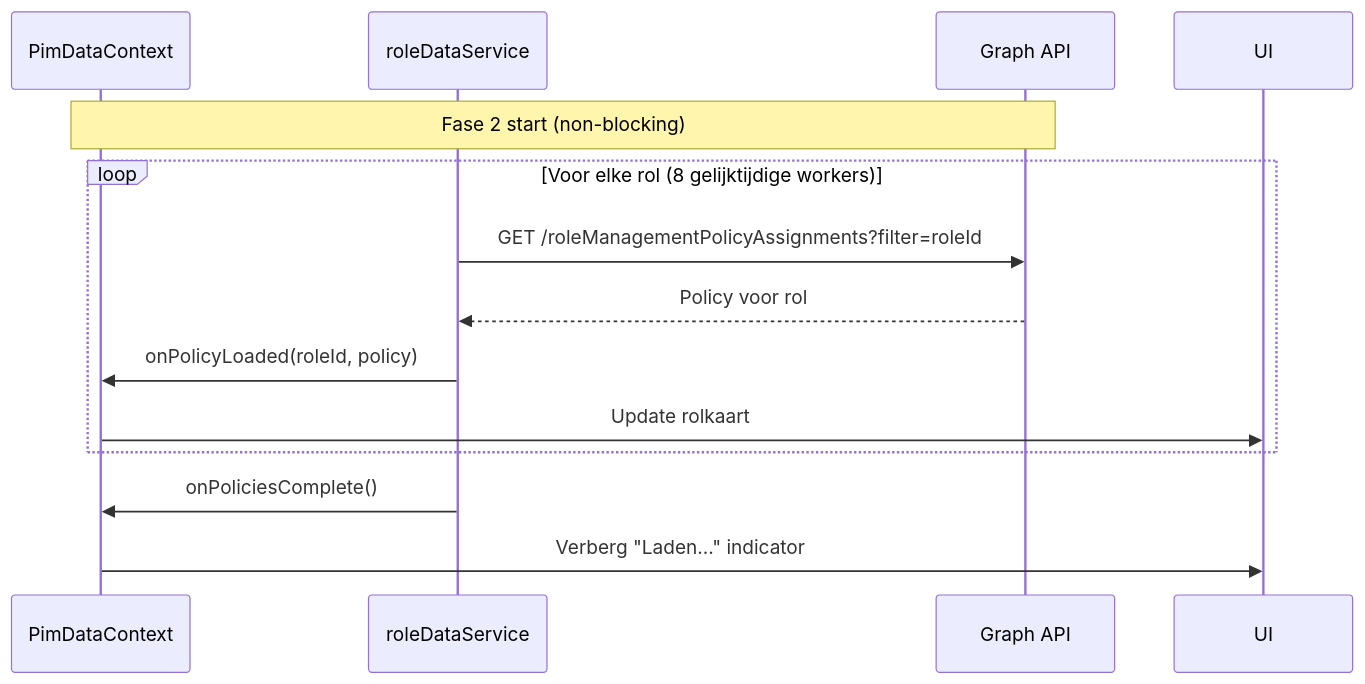
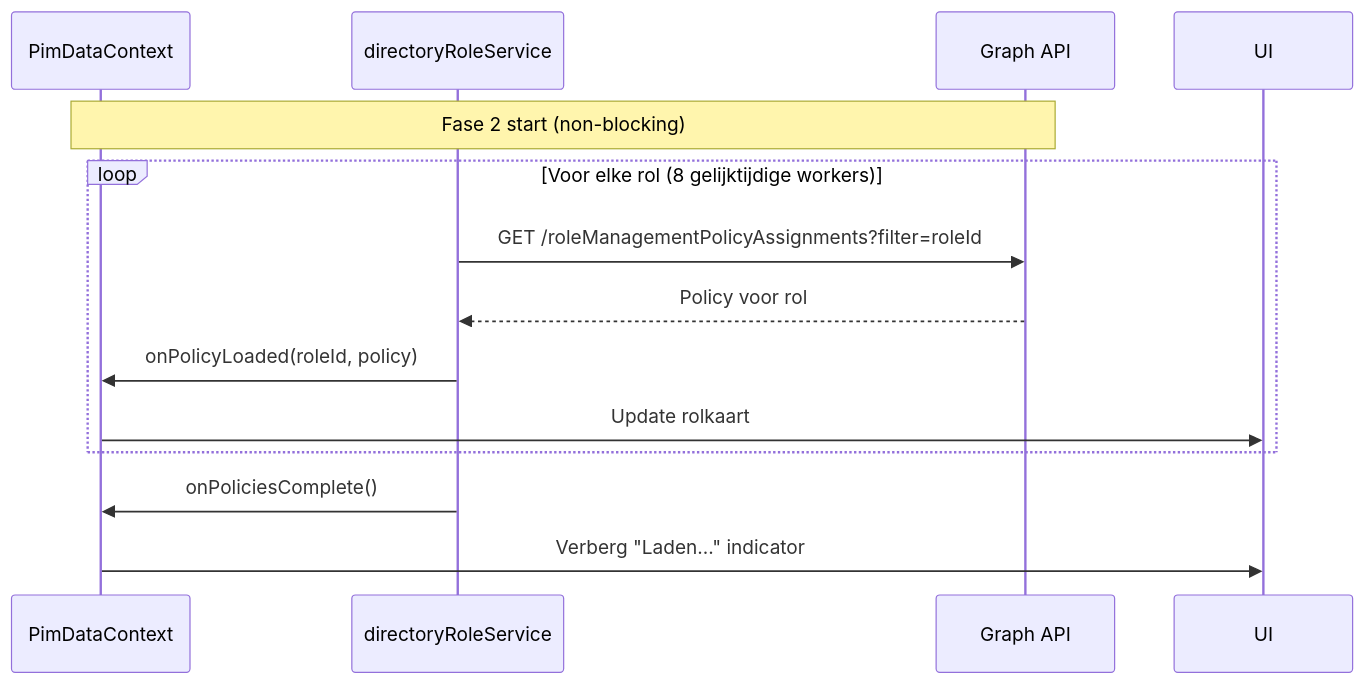
One commit to 0125joel/PIM-Manager changed the second of 7 diagrams in docs/nl/03-dataflow.md. Above: the diagram before and after it, drawn with Mermaid. The commit also changed other lines of this file and 28 other files, not shown here.

````diff
--- a/docs/nl/03-dataflow.md
+++ b/docs/nl/03-dataflow.md
@@ -70,19 +70,19 @@
 ```mermaid
 sequenceDiagram
     participant C as PimDataContext
-    participant S as roleDataService
+    participant S as directoryRoleService
     participant G as Graph API
     participant U as UI
 
     Note over C,G: Fase 2 start (non-blocking)
 
     loop Voor elke rol (8 gelijktijdige workers)
         S->>G: GET /roleManagementPolicyAssignments?filter=roleId
         G-->>S: Policy voor rol
         S->>C: onPolicyLoaded(roleId, policy)
         C->>U: Update rolkaart
     end
 
     S->>C: onPoliciesComplete()
     C->>U: Verberg "Laden..." indicator
 ```
````
